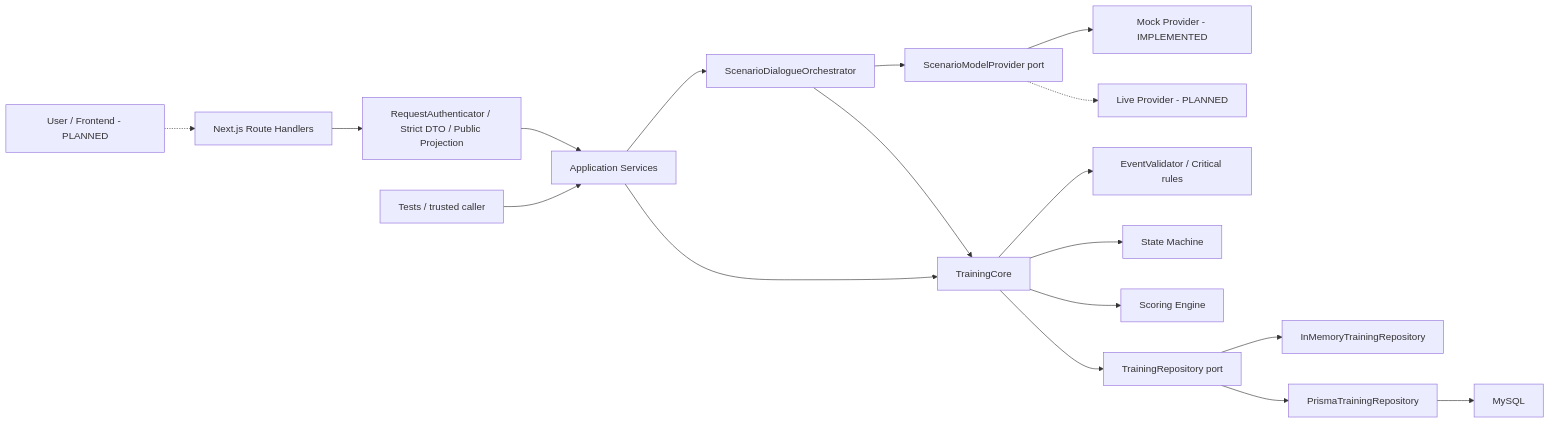
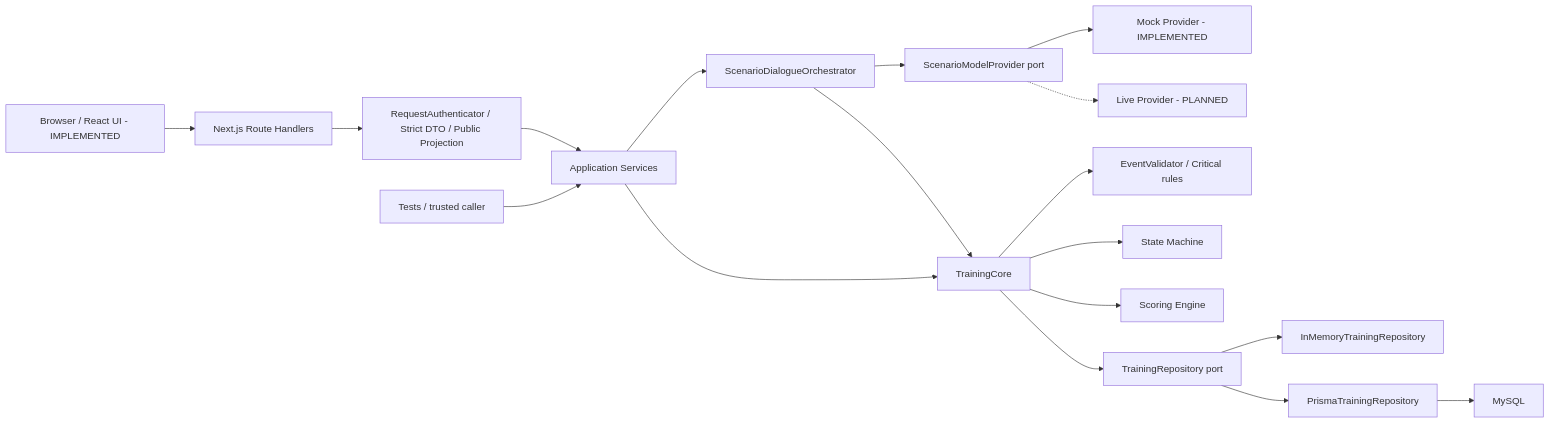
Before and after one commit to 9Tanaka/Project_mitjee: the diagram in docs/architecture.md, drawn with Mermaid. The commit also changed other lines of this file and 48 other files, not shown here.

````diff
--- a/docs/architecture.md
+++ b/docs/architecture.md
@@ -47,20 +47,20 @@
 ```mermaid
 flowchart LR
-    futureClient["User / Frontend - PLANNED"] -.-> http["Next.js Route Handlers"]
+    browser["Browser / React UI - IMPLEMENTED"] --> http["Next.js Route Handlers"]
     http --> auth["RequestAuthenticator / Strict DTO / Public Projection"]
     auth --> entry["Application Services"]
     tests["Tests / trusted caller"] --> entry
     entry --> dialogue["ScenarioDialogueOrchestrator"]
     entry --> core["TrainingCore"]
     dialogue --> provider["ScenarioModelProvider port"]
     provider --> mock["Mock Provider - IMPLEMENTED"]
     provider -.-> live["Live Provider - PLANNED"]
     dialogue --> core
     core --> validator["EventValidator / Critical rules"]
     core --> stateMachine["State Machine"]
     core --> scoring["Scoring Engine"]
     core --> repository["TrainingRepository port"]
     repository --> memory["InMemoryTrainingRepository"]
     repository --> prisma["PrismaTrainingRepository"]
     prisma --> mysql["MySQL"]
 ```
````
